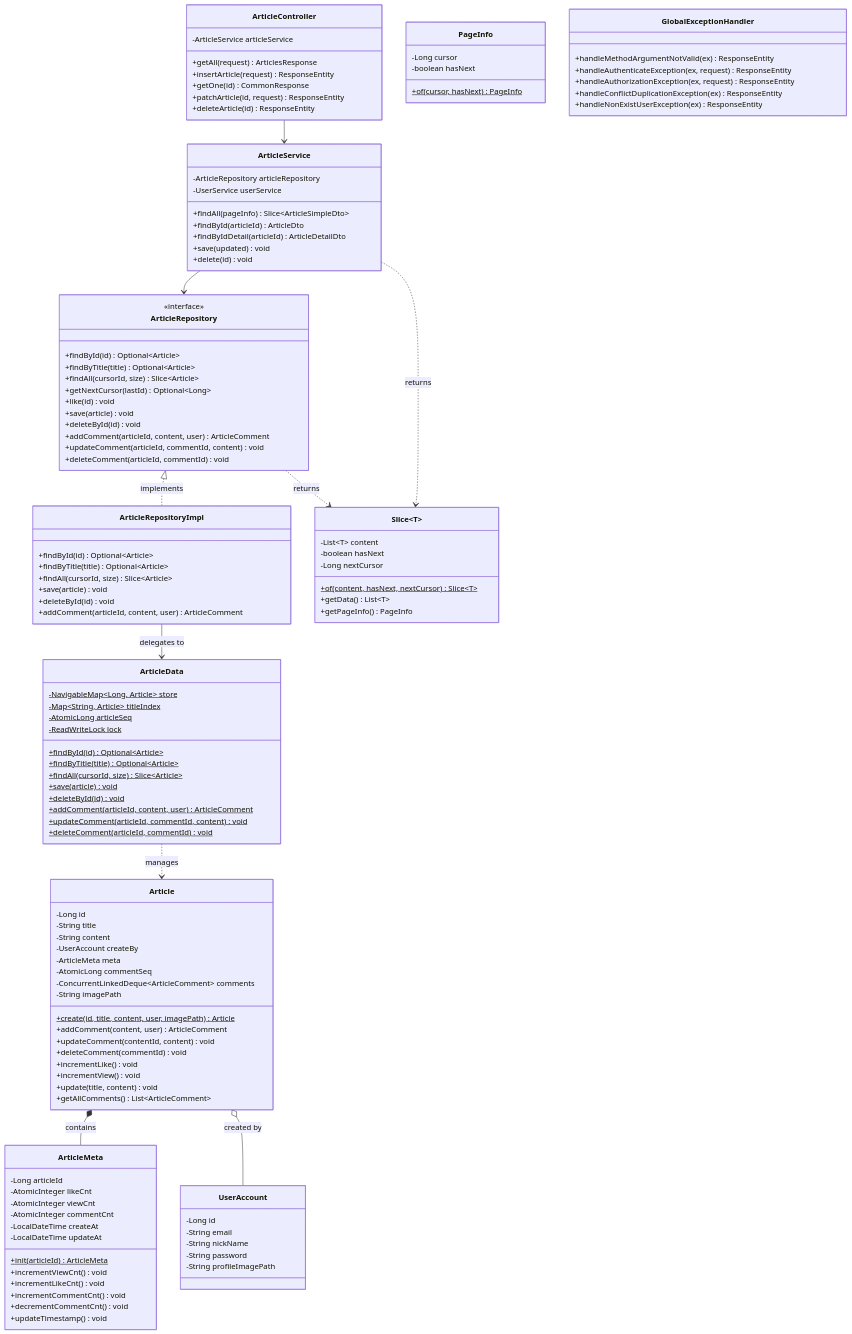
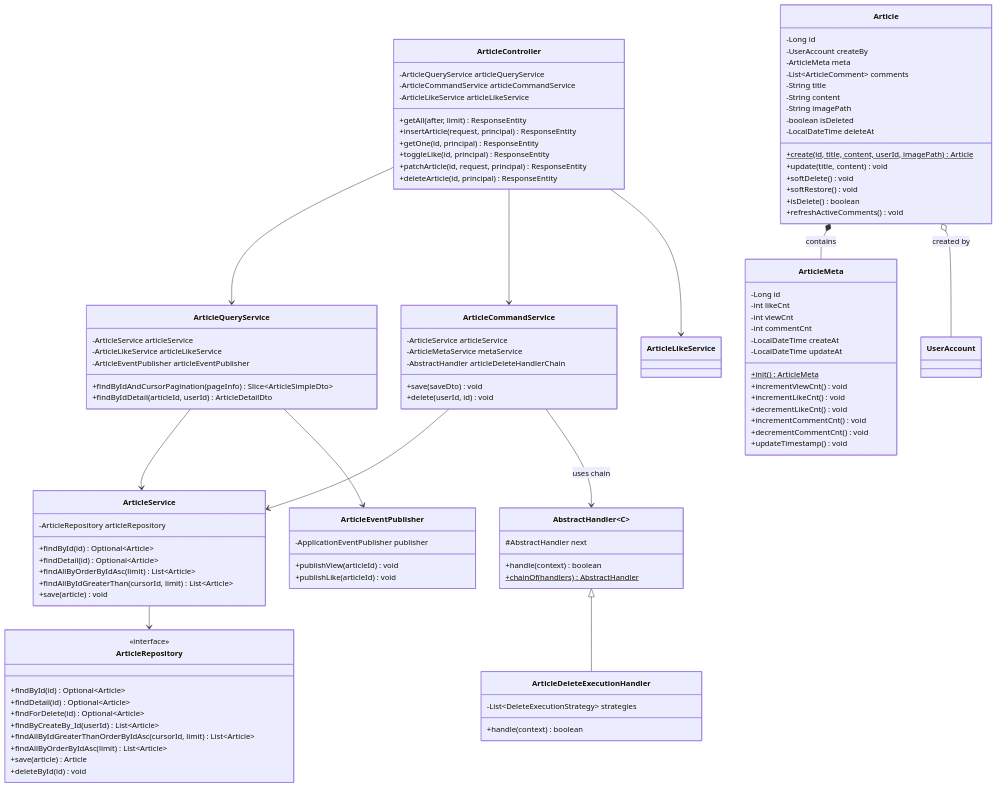
Before and after one commit to 100-hours-a-week/ktb3-claude-full: the second of 6 diagrams in README.md, drawn with Mermaid. The commit also changed other lines of this file, not shown here.

````diff
--- a/README.md
+++ b/README.md
@@ -97,141 +262,120 @@
 classDiagram
     %% Controller
     class ArticleController {
-        -ArticleService articleService
-        +getAll(request) ArticlesResponse
-        +insertArticle(request) ResponseEntity
-        +getOne(id) CommonResponse
-        +patchArticle(id, request) ResponseEntity
-        +deleteArticle(id) ResponseEntity
+        -ArticleQueryService articleQueryService
+        -ArticleCommandService articleCommandService
+        -ArticleLikeService articleLikeService
+        +getAll(after, limit) ResponseEntity
+        +insertArticle(request, principal) ResponseEntity
+        +getOne(id, principal) ResponseEntity
+        +toggleLike(id, principal) ResponseEntity
+        +patchArticle(id, request, principal) ResponseEntity
+        +deleteArticle(id, principal) ResponseEntity
     }
 
-    %% Service
+    %% Service (CQS Pattern)
+    class ArticleQueryService {
+        -ArticleService articleService
+        -ArticleLikeService articleLikeService
+        -ArticleEventPublisher articleEventPublisher
+        +findByIdAndCursorPagination(pageInfo) Slice~ArticleSimpleDto~
+        +findByIdDetail(articleId, userId) ArticleDetailDto
+    }
+
+    class ArticleCommandService {
+        -ArticleService articleService
+        -ArticleMetaService metaService
+        -AbstractHandler articleDeleteHandlerChain
+        +save(saveDto) void
+        +delete(userId, id) void
+    }
+
     class ArticleService {
         -ArticleRepository articleRepository
-        -UserService userService
-        +findAll(pageInfo) Slice~ArticleSimpleDto~
-        +findById(articleId) ArticleDto
-        +findByIdDetail(articleId) ArticleDetailDto
-        +save(updated) void
-        +delete(id) void
+        +findById(id) Optional~Article~
+        +findDetail(id) Optional~Article~
+        +findAllByOrderByIdAsc(limit) List~Article~
+        +findAllByIdGreaterThan(cursorId, limit) List~Article~
+        +save(article) void
     }
 
-    %% Repository
+    %% Repository (JPA)
     class ArticleRepository {
         <<interface>>
         +findById(id) Optional~Article~
-        +findByTitle(title) Optional~Article~
-        +findAll(cursorId, size) Slice~Article~
-        +getNextCursor(lastId) Optional~Long~
-        +like(id) void
-        +save(article) void
+        +findDetail(id) Optional~Article~
+        +findForDelete(id) Optional~Article~
+        +findByCreateBy_Id(userId) List~Article~
+        +findAllByIdGreaterThanOrderByIdAsc(cursorId, limit) List~Article~
+        +findAllByOrderByIdAsc(limit) List~Article~
+        +save(article) Article
         +deleteById(id) void
-        +addComment(articleId, content, user) ArticleComment
-        +updateComment(articleId, commentId, content) void
-        +deleteComment(articleId, commentId) void
     }
 
-    class ArticleRepositoryImpl {
-        +findById(id) Optional~Article~
-        +findByTitle(title) Optional~Article~
-        +findAll(cursorId, size) Slice~Article~
-        +save(article) void
-        +deleteById(id) void
-        +addComment(articleId, content, user) ArticleComment
-    }
-
-    %% Data Store
-    class ArticleData {
-        -NavigableMap~Long, Article~ store$
-        -Map~String, Article~ titleIndex$
-        -AtomicLong articleSeq$
-        -ReadWriteLock lock$
-        +findById(id)$ Optional~Article~
-        +findByTitle(title)$ Optional~Article~
-        +findAll(cursorId, size)$ Slice~Article~
-        +save(article)$ void
-        +deleteById(id)$ void
-        +addComment(articleId, content, user)$ ArticleComment
-        +updateComment(articleId, commentId, content)$ void
-        +deleteComment(articleId, commentId)$ void
-    }
-
-    %% Domain
+    %% Domain (JPA Entity)
     class Article {
         -Long id
+        -UserAccount createBy
+        -ArticleMeta meta
+        -List~ArticleComment~ comments
         -String title
         -String content
-        -UserAccount createBy
-        -ArticleMeta meta
-        -AtomicLong commentSeq
-        -ConcurrentLinkedDeque~ArticleComment~ comments
         -String imagePath
-        +create(id, title, content, user, imagePath)$ Article
-        +addComment(content, user) ArticleComment
-        +updateComment(contentId, content) void
-        +deleteComment(commentId) void
-        +incrementLike() void
-        +incrementView() void
+        -boolean isDeleted
+        -LocalDateTime deleteAt
+        +create(id, title, content, userId, imagePath)$ Article
         +update(title, content) void
-        +getAllComments() List~ArticleComment~
+        +softDelete() void
+        +softRestore() void
+        +isDelete() boolean
+        +refreshActiveComments() void
     }
 
     class ArticleMeta {
-        -Long articleId
-        -AtomicInteger likeCnt
-        -AtomicInteger viewCnt
-        -AtomicInteger commentCnt
+        -Long id
+        -int likeCnt
+        -int viewCnt
+        -int commentCnt
         -LocalDateTime createAt
         -LocalDateTime updateAt
-        +init(articleId)$ ArticleMeta
+        +init()$ ArticleMeta
         +incrementViewCnt() void
         +incrementLikeCnt() void
+        +decrementLikeCnt() void
         +incrementCommentCnt() void
         +decrementCommentCnt() void
         +updateTimestamp() void
     }
 
-    class UserAccount {
-        -Long id
-        -String email
-        -String nickName
-        -String password
-        -String profileImagePath
+    %% Handler (CoR Pattern)
+    class AbstractHandler~C~ {
+        #AbstractHandler next
+        +handle(context) boolean
+        +chainOf(handlers)$ AbstractHandler
     }
 
-    %% Common
-    class Slice~T~ {
-        -List~T~ content
-        -boolean hasNext
-        -Long nextCursor
-        +of(content, hasNext, nextCursor)$ Slice~T~
-        +getData() List~T~
-        +getPageInfo() PageInfo
+    class ArticleDeleteExecutionHandler {
+        -List~DeleteExecutionStrategy~ strategies
+        +handle(context) boolean
     }
 
-    class PageInfo {
-        -Long cursor
-        -boolean hasNext
-        +of(cursor, hasNext)$ PageInfo
-    }
-
-    %% Exception Handler
-    class GlobalExceptionHandler {
-        +handleMethodArgumentNotValid(ex) ResponseEntity
-        +handleAuthenticateException(ex, request) ResponseEntity
-        +handleAuthorizationException(ex, request) ResponseEntity
-        +handleConflictDuplicationException(ex) ResponseEntity
-        +handleNonExistUserException(ex) ResponseEntity
+    %% Event
+    class ArticleEventPublisher {
+        -ApplicationEventPublisher publisher
+        +publishView(articleId) void
+        +publishLike(articleId) void
     }
 
     %% Relationships
-    ArticleController --> ArticleService
+    ArticleController --> ArticleQueryService
+    ArticleController --> ArticleCommandService
+    ArticleController --> ArticleLikeService
+    ArticleQueryService --> ArticleService
+    ArticleQueryService --> ArticleEventPublisher
+    ArticleCommandService --> ArticleService
+    ArticleCommandService --> AbstractHandler : uses chain
     ArticleService --> ArticleRepository
-    ArticleRepository <|.. ArticleRepositoryImpl : implements
-    ArticleRepositoryImpl --> ArticleData : delegates to
-    ArticleData ..> Article : manages
+    AbstractHandler <|-- ArticleDeleteExecutionHandler
     Article *-- ArticleMeta : contains
     Article o-- UserAccount : created by
-    ArticleService ..> Slice : returns
-    ArticleRepository ..> Slice : returns
 ```
````
